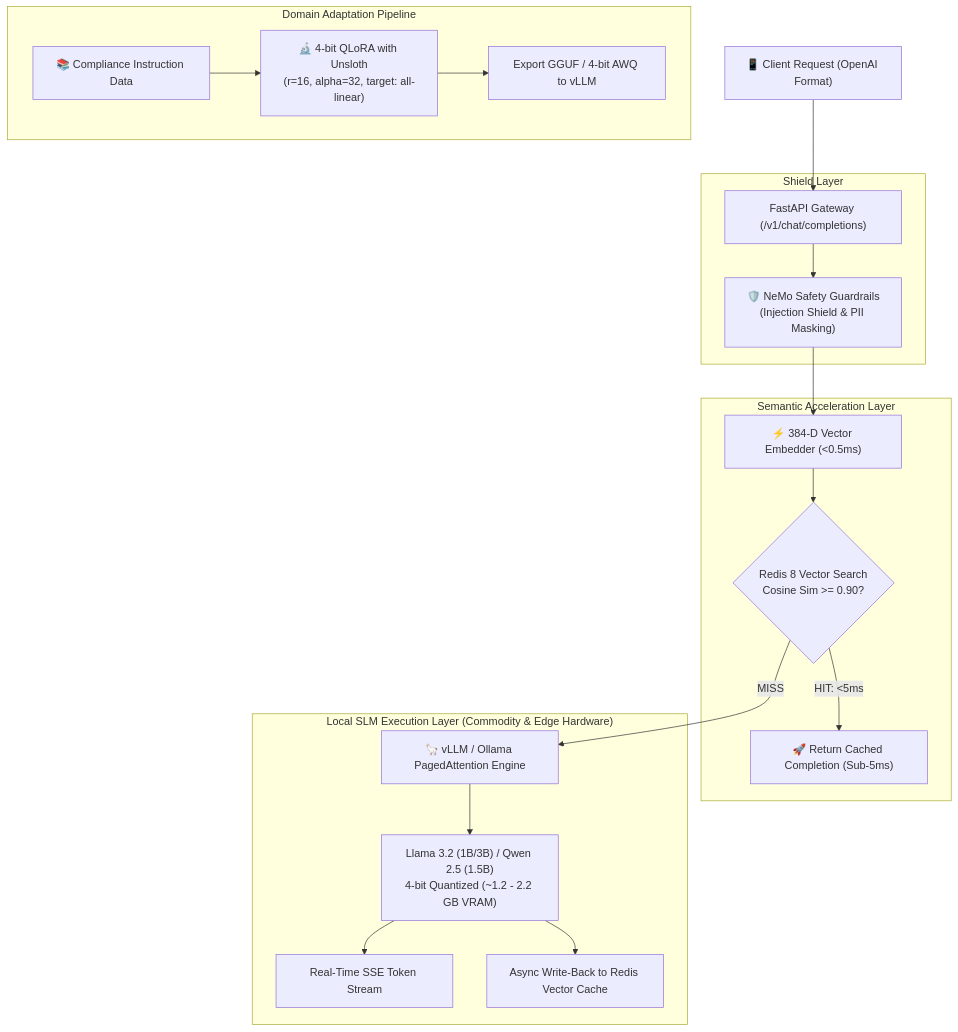
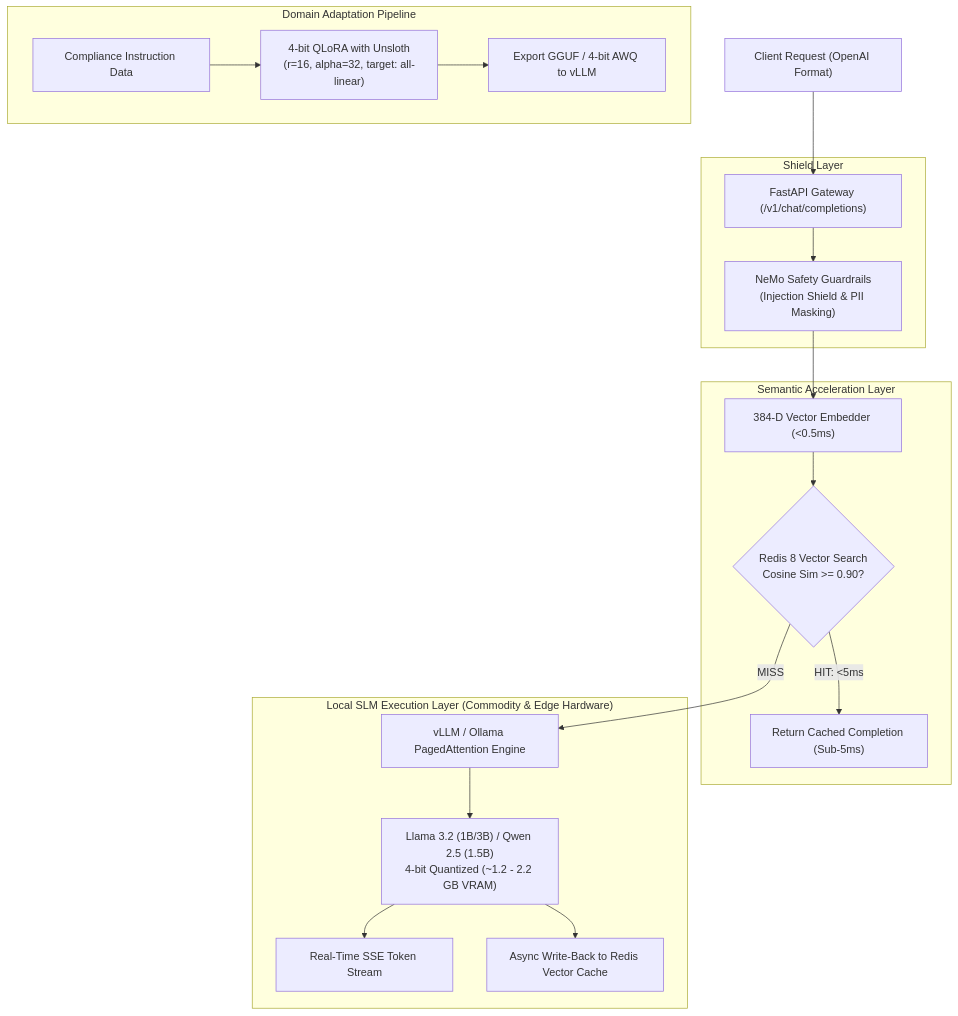
Before and after one commit to vi-nayKR/local-llm-inference-gateway: the diagram in README.md, drawn with Mermaid. The commit also changed other lines of this file and 9 other files, not shown here.

````diff
--- a/README.md
+++ b/README.md
@@ -49,26 +49,26 @@
 ```mermaid
 flowchart TD
-    Client["📱 Client Request (OpenAI Format)"] --> GatewayRouter["FastAPI Gateway (/v1/chat/completions)"]
+ Client[" Client Request (OpenAI Format)"] --> GatewayRouter["FastAPI Gateway (/v1/chat/completions)"]
 
-    subgraph SecurityTier ["Shield Layer"]
-        GatewayRouter --> SafetyGuard["🛡️ NeMo Safety Guardrails\n(Injection Shield & PII Masking)"]
-    end
+ subgraph SecurityTier ["Shield Layer"]
+ GatewayRouter --> SafetyGuard[" NeMo Safety Guardrails\n(Injection Shield & PII Masking)"]
+ end
 
-    subgraph CacheTier ["Semantic Acceleration Layer"]
-        SafetyGuard --> Embedder["⚡ 384-D Vector Embedder (<0.5ms)"]
-        Embedder --> CacheCheck{"Redis 8 Vector Search\nCosine Sim >= 0.90?"}
-        CacheCheck -->|HIT: <5ms| CacheReturn["🚀 Return Cached Completion (Sub-5ms)"]
-    end
+ subgraph CacheTier ["Semantic Acceleration Layer"]
+ SafetyGuard --> Embedder[" 384-D Vector Embedder (<0.5ms)"]
+ Embedder --> CacheCheck{"Redis 8 Vector Search\nCosine Sim >= 0.90?"}
+ CacheCheck -->|HIT: <5ms| CacheReturn[" Return Cached Completion (Sub-5ms)"]
+ end
 
-    subgraph InferenceTier ["Local SLM Execution Layer (Commodity & Edge Hardware)"]
-        CacheCheck -->|MISS| vLLMProxy["🦙 vLLM / Ollama PagedAttention Engine"]
-        vLLMProxy --> LocalModel["Llama 3.2 (1B/3B) / Qwen 2.5 (1.5B)\n4-bit Quantized (~1.2 - 2.2 GB VRAM)"]
-        LocalModel --> StreamOutput["Real-Time SSE Token Stream"]
-        LocalModel --> WriteBack["Async Write-Back to Redis Vector Cache"]
-    end
+ subgraph InferenceTier ["Local SLM Execution Layer (Commodity & Edge Hardware)"]
+ CacheCheck -->|MISS| vLLMProxy[" vLLM / Ollama PagedAttention Engine"]
+ vLLMProxy --> LocalModel["Llama 3.2 (1B/3B) / Qwen 2.5 (1.5B)\n4-bit Quantized (~1.2 - 2.2 GB VRAM)"]
+ LocalModel --> StreamOutput["Real-Time SSE Token Stream"]
+ LocalModel --> WriteBack["Async Write-Back to Redis Vector Cache"]
+ end
 
-    subgraph FineTuningTier ["Domain Adaptation Pipeline"]
-        DomainData["📚 Compliance Instruction Data"] --> QLoRATrainer["🔬 4-bit QLoRA with Unsloth\n(r=16, alpha=32, target: all-linear)"]
-        QLoRATrainer --> GGUFExport["Export GGUF / 4-bit AWQ to vLLM"]
-    end
+ subgraph FineTuningTier ["Domain Adaptation Pipeline"]
+ DomainData[" Compliance Instruction Data"] --> QLoRATrainer[" 4-bit QLoRA with Unsloth\n(r=16, alpha=32, target: all-linear)"]
+ QLoRATrainer --> GGUFExport["Export GGUF / 4-bit AWQ to vLLM"]
+ end
 ```
````
